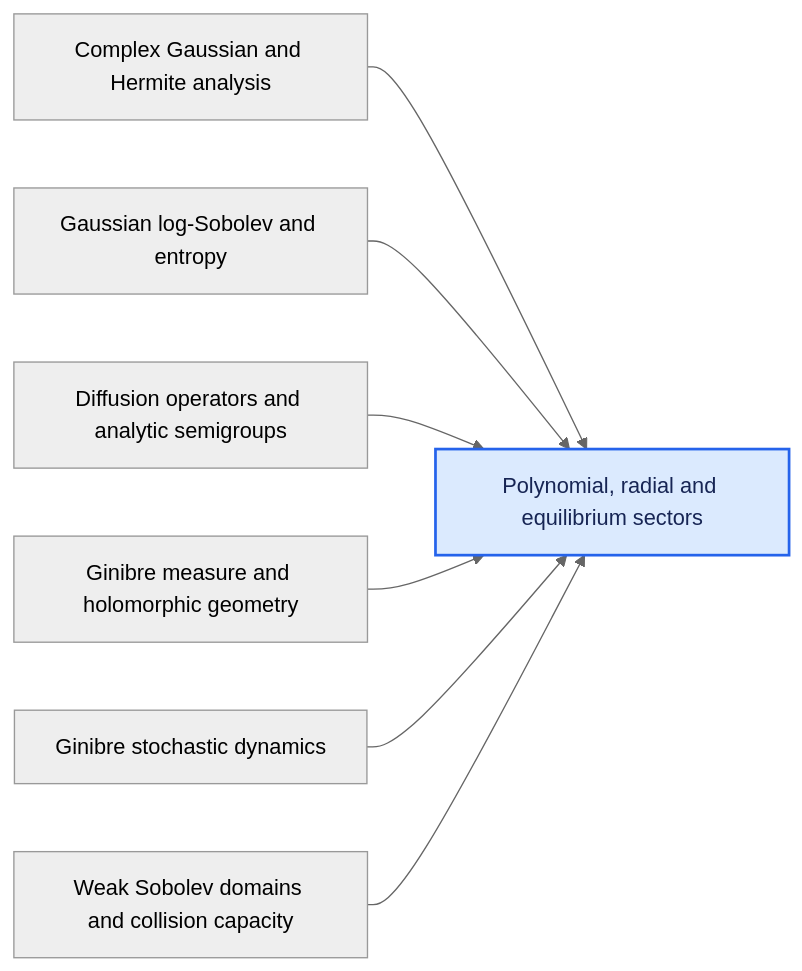
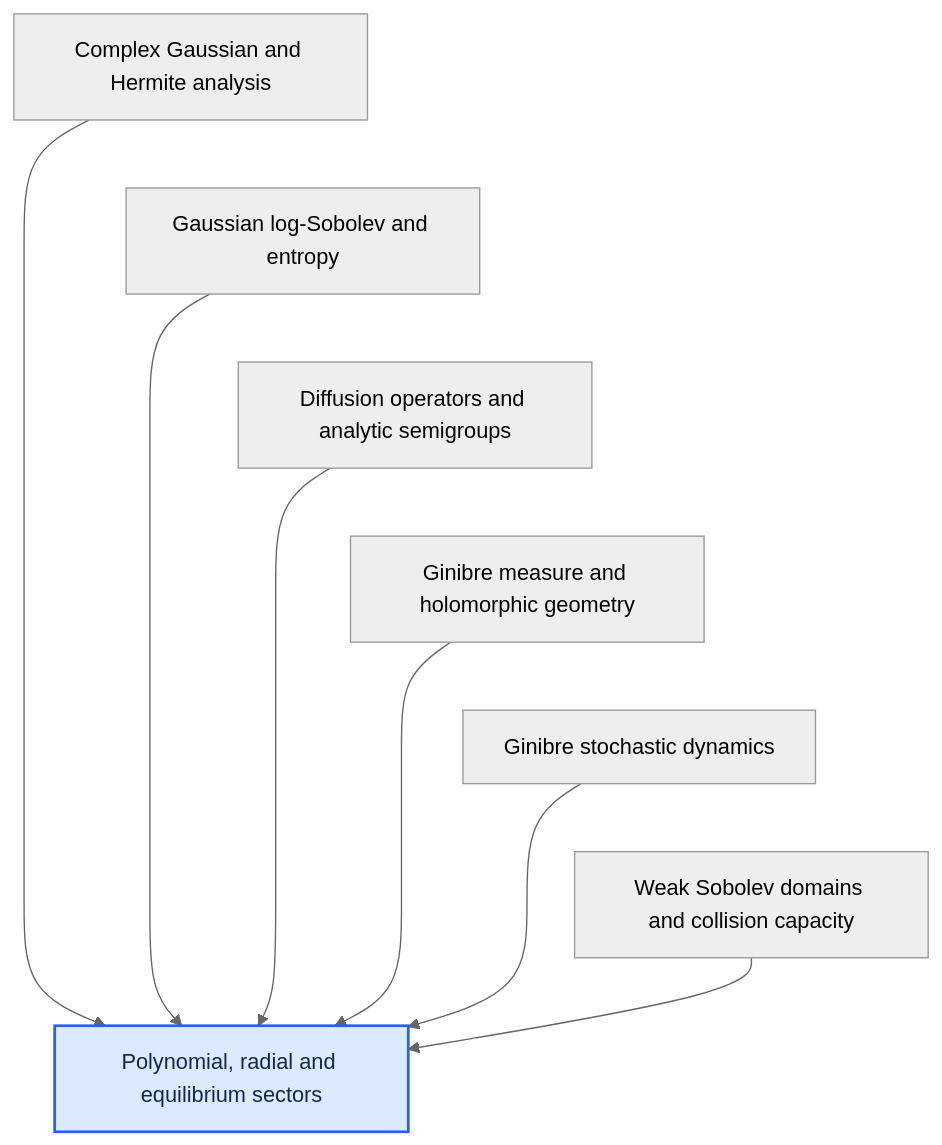
The sixth of 12 diagrams in DEPENDENCIES.md (djalilchafai/ginibre-poincare), drawn with Mermaid (neutral theme) before and after one commit. The commit also changed other lines of this file and 44 other files, not shown here.

Commit message:
Make dependency diagrams vertical and add GitHub Pages deployment

````diff
--- a/DEPENDENCIES.md
+++ b/DEPENDENCIES.md
@@ -133,11 +158,16 @@
 ```mermaid
-flowchart LR
+flowchart TB
   ComplexGaussianHermite["Complex Gaussian and Hermite analysis"] --> PolynomialRadial["Polynomial, radial and equilibrium sectors"]
   GaussianLSI["Gaussian log-Sobolev and entropy"] --> PolynomialRadial["Polynomial, radial and equilibrium sectors"]
   GeneratorSemigroup["Diffusion operators and analytic semigroups"] --> PolynomialRadial["Polynomial, radial and equilibrium sectors"]
   GinibreMeasureGeometry["Ginibre measure and holomorphic geometry"] --> PolynomialRadial["Polynomial, radial and equilibrium sectors"]
   StochasticDynamics["Ginibre stochastic dynamics"] --> PolynomialRadial["Polynomial, radial and equilibrium sectors"]
   WeakSobolev["Weak Sobolev domains and collision capacity"] --> PolynomialRadial["Polynomial, radial and equilibrium sectors"]
+  ComplexGaussianHermite ~~~ GaussianLSI
+  GaussianLSI ~~~ GeneratorSemigroup
+  GeneratorSemigroup ~~~ GinibreMeasureGeometry
+  GinibreMeasureGeometry ~~~ StochasticDynamics
+  StochasticDynamics ~~~ WeakSobolev
   classDef target fill:#dbeafe,stroke:#2563eb,stroke-width:2px,color:#172554;
   class PolynomialRadial target;
 ```
````
